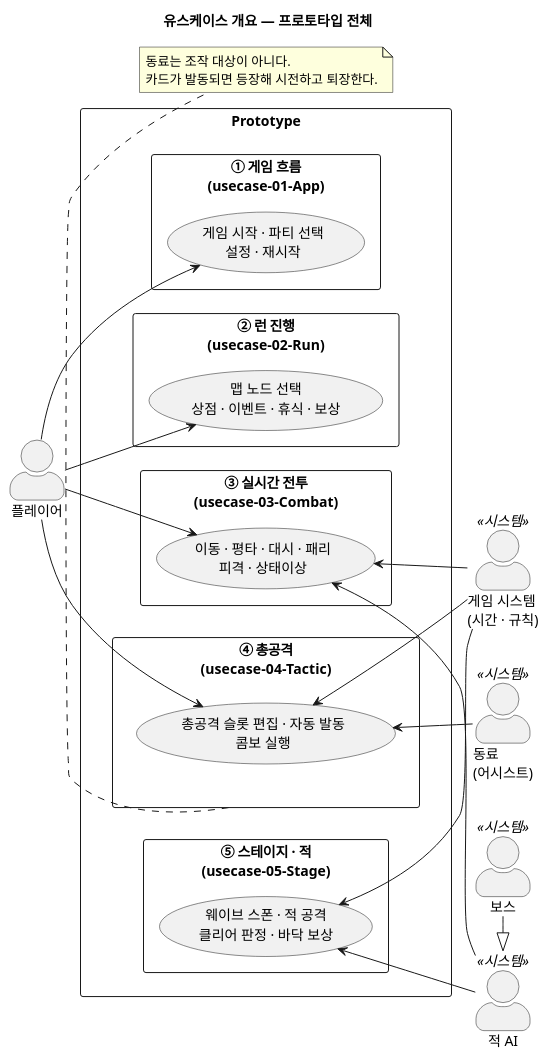
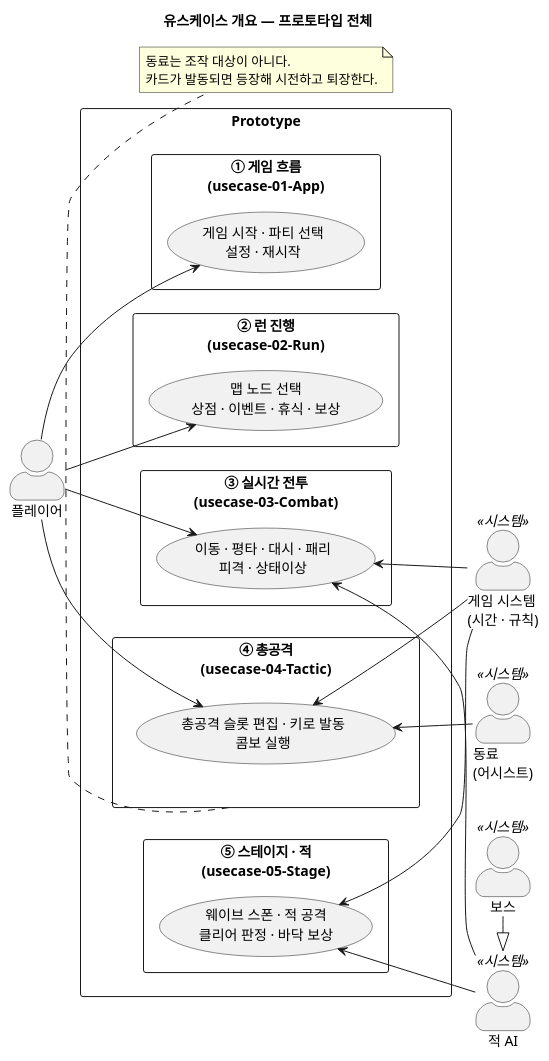
One commit to jukanmi/Prototype changed the diagram in docs/uml/usecase-00-Overview.puml. Above: the diagram before and after it, drawn with PlantUML. The commit also changed 103 other files, not shown here.

```diff
--- a/docs/uml/usecase-00-Overview.puml
+++ b/docs/uml/usecase-00-Overview.puml
@@ -1,52 +1,52 @@
 @startuml usecase-00-Overview
 ' 유스케이스 개요 — 액터와 하위 시스템(패키지)만. 상세는 usecase-01 ~ 05.
 title 유스케이스 개요 — 프로토타입 전체
 
 left to right direction
 skinparam shadowing false
 skinparam packageStyle rectangle
 skinparam actorStyle awesome
 
 actor "플레이어" as Player
 actor "적 AI" as EnemyAI <<시스템>>
 actor "보스" as Boss <<시스템>>
 actor "동료\n(어시스트)" as Ally <<시스템>>
 actor "게임 시스템\n(시간 · 규칙)" as GameSys <<시스템>>
 
 Boss -|> EnemyAI
 
 rectangle "Prototype" {
   package "① 게임 흐름\n(usecase-01-App)" as App {
     usecase "게임 시작 · 파티 선택\n설정 · 재시작" as UC_App
   }
   package "② 런 진행\n(usecase-02-Run)" as Run {
     usecase "맵 노드 선택\n상점 · 이벤트 · 휴식 · 보상" as UC_Run
   }
   package "③ 실시간 전투\n(usecase-03-Combat)" as Combat {
     usecase "이동 · 평타 · 대시 · 패리\n피격 · 상태이상" as UC_Combat
   }
   package "④ 총공격\n(usecase-04-Tactic)" as Tactic {
-    usecase "총공격 슬롯 편집 · 자동 발동\n콤보 실행" as UC_Tactic
+    usecase "총공격 슬롯 편집 · 키로 발동\n콤보 실행" as UC_Tactic
   }
   package "⑤ 스테이지 · 적\n(usecase-05-Stage)" as Stage {
     usecase "웨이브 스폰 · 적 공격\n클리어 판정 · 바닥 보상" as UC_Stage
   }
 }
 
 Player --> UC_App
 Player --> UC_Run
 Player --> UC_Combat
 Player --> UC_Tactic
 
 UC_Combat <-- EnemyAI
 UC_Stage <-- EnemyAI
 UC_Tactic <-- Ally
 UC_Combat <-- GameSys
 UC_Tactic <-- GameSys
 UC_Stage <-- GameSys
 
 note bottom of Tactic
   동료는 조작 대상이 아니다.
   카드가 발동되면 등장해 시전하고 퇴장한다.
 end note
 @enduml
```
